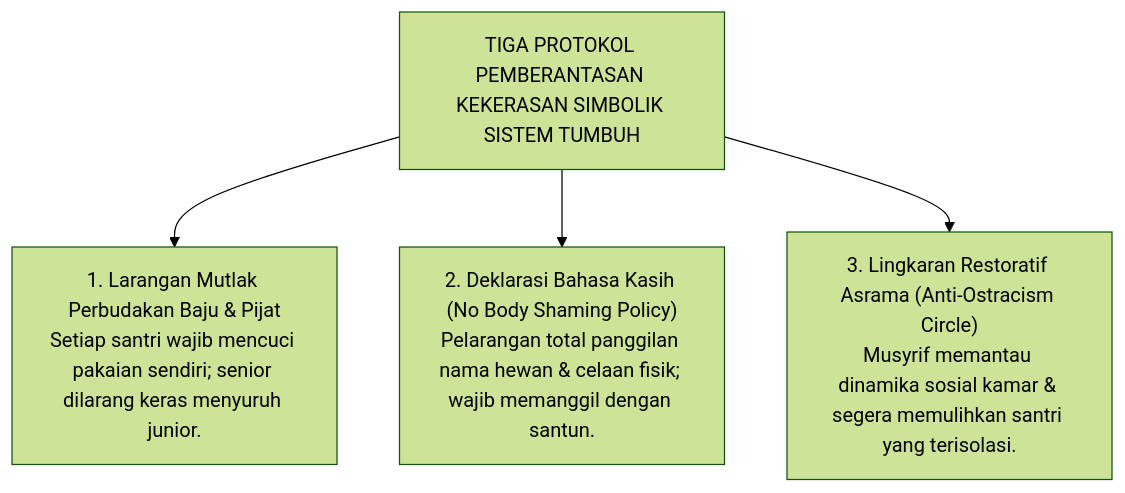
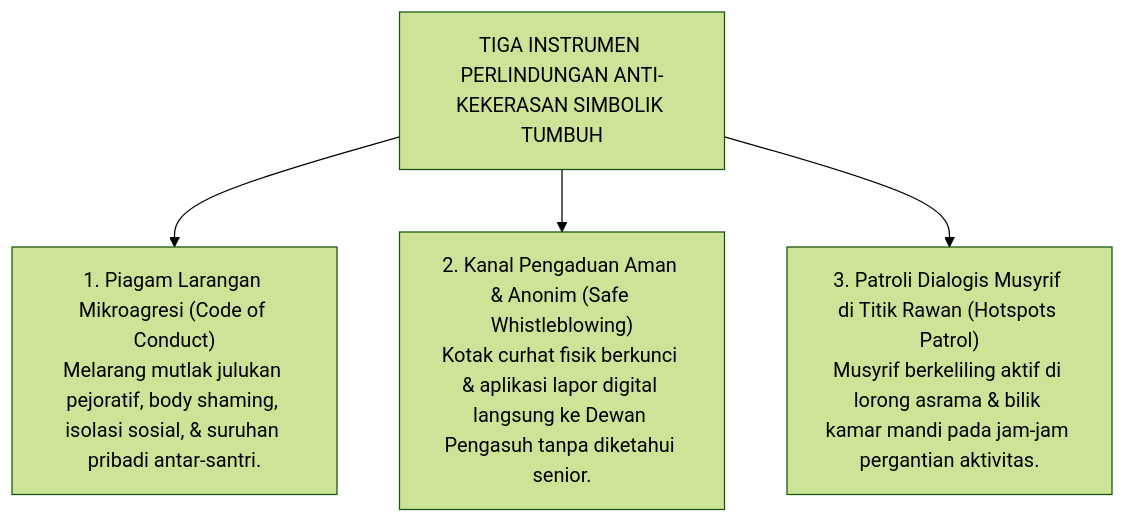
Before and after one commit to wandiapriliyandi/tumbuh: the third of 3 diagrams in BOOK-SERIES/Volume-01/Bab-04-Kritik-Feodalisme-dan-Distorsi-Tawadhu/03-Kekerasan-Simbolik-dan-Perpeloncoan-Senioritas.md, drawn with Mermaid (forest theme). The commit also changed other lines of this file and 24 other files, not shown here.

Commit message:
feat(book-01): perkaya dan perdalam seluruh isi subbab bab 02 s.d. 07 dengan elaborasi komprehensif, analisis mendalam, dan diagram alur lengkap

````diff
--- a/BOOK-SERIES/Volume-01/Bab-04-Kritik-Feodalisme-dan-Distorsi-Tawadhu/03-Kekerasan-Simbolik-dan-Perpeloncoan-Senioritas.md
+++ b/BOOK-SERIES/Volume-01/Bab-04-Kritik-Feodalisme-dan-Distorsi-Tawadhu/03-Kekerasan-Simbolik-dan-Perpeloncoan-Senioritas.md
@@ -75,10 +74,10 @@
 ```mermaid
 graph TD
-    RootProt["TIGA PROTOKOL PEMBERANTASAN KEKERASAN SIMBOLIK SISTEM TUMBUH"]
+    RootZero["TIGA INSTRUMEN PERLINDUNGAN ANTI-KEKERASAN SIMBOLIK TUMBUH"]
     
-    RootProt --> P1["1. Larangan Mutlak Perbudakan Baju & Pijat<br/>Setiap santri wajib mencuci pakaian sendiri; senior dilarang keras menyuruh junior."]
+    RootZero --> I1["1. Piagam Larangan Mikroagresi (Code of Conduct)<br/>Melarang mutlak julukan pejoratif, body shaming, isolasi sosial, & suruhan pribadi antar-santri."]
     
-    RootProt --> P2["2. Deklarasi Bahasa Kasih (No Body Shaming Policy)<br/>Pelarangan total panggilan nama hewan & celaan fisik; wajib memanggil dengan santun."]
+    RootZero --> I2["2. Kanal Pengaduan Aman & Anonim (Safe Whistleblowing)<br/>Kotak curhat fisik berkunci & aplikasi lapor digital langsung ke Dewan Pengasuh tanpa diketahui senior."]
     
-    RootProt --> P3["3. Lingkaran Restoratif Asrama (Anti-Ostracism Circle)<br/>Musyrif memantau dinamika sosial kamar & segera memulihkan santri yang terisolasi."]
+    RootZero --> I3["3. Patroli Dialogis Musyrif di Titik Rawan (Hotspots Patrol)<br/>Musyrif berkeliling aktif di lorong asrama & bilik kamar mandi pada jam-jam pergantian aktivitas."]
 ```
````
